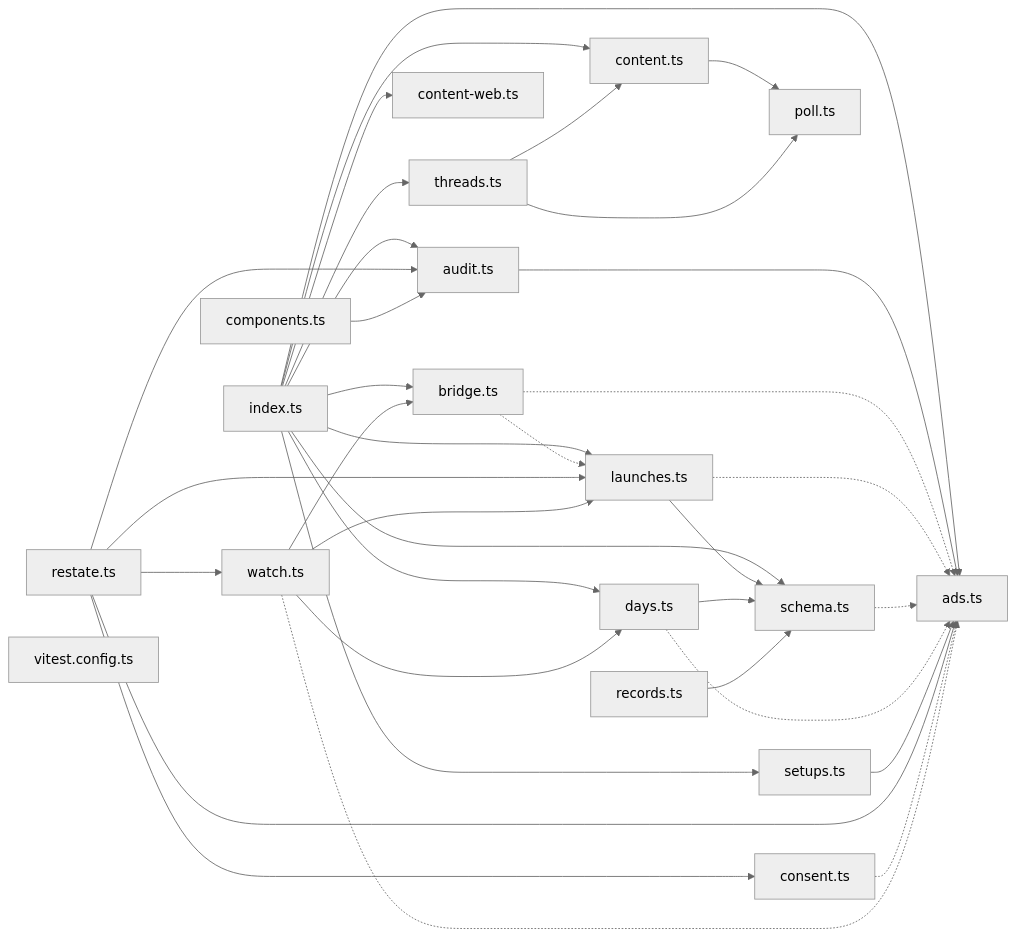
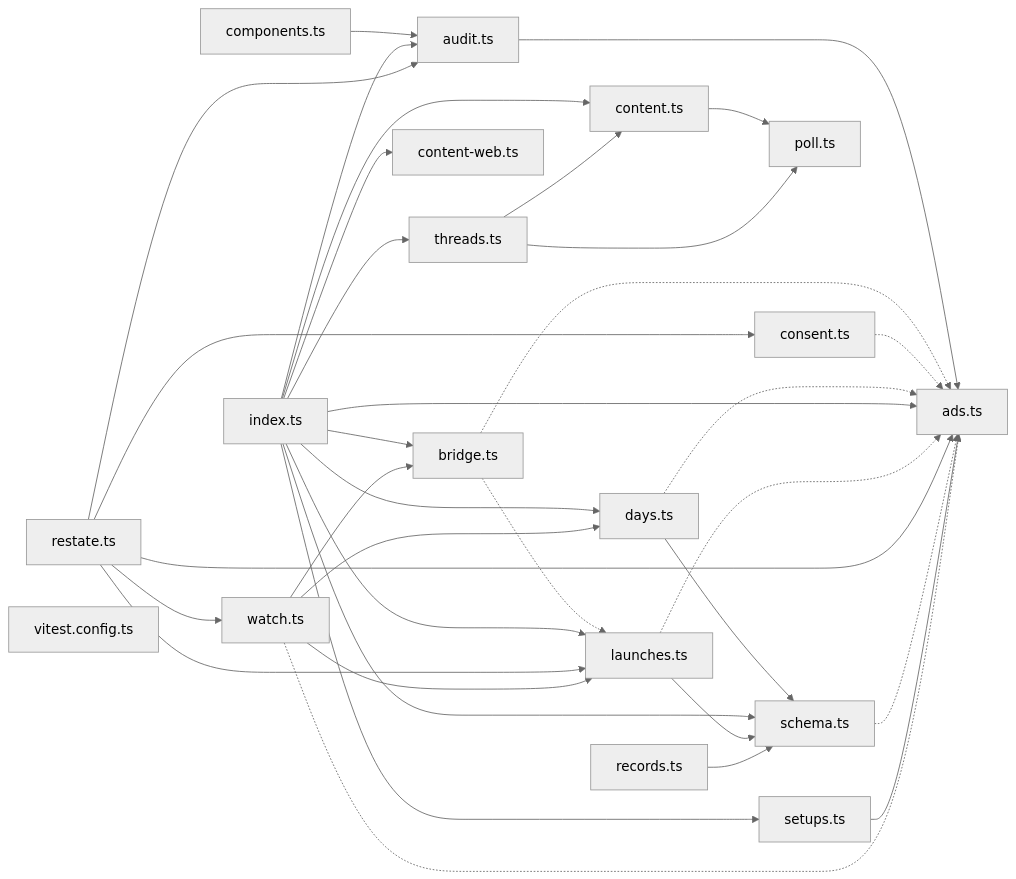
Before and after one commit to wrenautomation/wren: the diagram in map/generated/imports/@wren+channel-meta.md, drawn with Mermaid (neutral theme). The commit also changed other lines of this file and 96 other files, not shown here.

````diff
--- a/map/generated/imports/@wren+channel-meta.md
+++ b/map/generated/imports/@wren+channel-meta.md
@@ -14,55 +14,55 @@
 ```mermaid
 flowchart LR
-  nindex_ts["index.ts"]
   nads_ts["ads.ts"]
   naudit_ts["audit.ts"]
   nbridge_ts["bridge.ts"]
-  nlaunches_ts["launches.ts"]
-  nschema_ts["schema.ts"]
+  ncomponents_ts["components.ts"]
+  nconsent_ts["consent.ts"]
   ncontent_web_ts["content-web.ts"]
   ncontent_ts["content.ts"]
+  ndays_ts["days.ts"]
+  nindex_ts["index.ts"]
+  nlaunches_ts["launches.ts"]
   npoll_ts["poll.ts"]
-  ndays_ts["days.ts"]
+  nrecords_ts["records.ts"]
+  nrestate_ts["restate.ts"]
+  nschema_ts["schema.ts"]
   nsetups_ts["setups.ts"]
   nthreads_ts["threads.ts"]
-  nrestate_ts["restate.ts"]
-  nconsent_ts["consent.ts"]
   nwatch_ts["watch.ts"]
-  ncomponents_ts["components.ts"]
-  nrecords_ts["records.ts"]
   nvitest_config_ts["vitest.config.ts"]
+  naudit_ts --> nads_ts
+  nbridge_ts -.-> nads_ts
+  nbridge_ts -.-> nlaunches_ts
+  ncomponents_ts --> naudit_ts
+  nconsent_ts -.-> nads_ts
+  ncontent_ts --> npoll_ts
+  ndays_ts -.-> nads_ts
+  ndays_ts --> nschema_ts
   nindex_ts --> nads_ts
   nindex_ts --> naudit_ts
   nindex_ts --> nbridge_ts
   nindex_ts --> ncontent_web_ts
   nindex_ts --> ncontent_ts
   nindex_ts --> ndays_ts
   nindex_ts --> nlaunches_ts
   nindex_ts --> nschema_ts
   nindex_ts --> nsetups_ts
   nindex_ts --> nthreads_ts
-  naudit_ts --> nads_ts
-  nbridge_ts -.-> nads_ts
-  nbridge_ts -.-> nlaunches_ts
   nlaunches_ts -.-> nads_ts
   nlaunches_ts --> nschema_ts
-  nschema_ts -.-> nads_ts
-  ncontent_ts --> npoll_ts
-  ndays_ts -.-> nads_ts
-  ndays_ts --> nschema_ts
-  nsetups_ts --> nads_ts
-  nthreads_ts --> ncontent_ts
-  nthreads_ts --> npoll_ts
+  nrecords_ts --> nschema_ts
   nrestate_ts --> nads_ts
   nrestate_ts --> naudit_ts
   nrestate_ts --> nconsent_ts
   nrestate_ts --> nlaunches_ts
   nrestate_ts --> nwatch_ts
-  nconsent_ts -.-> nads_ts
+  nschema_ts -.-> nads_ts
+  nsetups_ts --> nads_ts
+  nthreads_ts --> ncontent_ts
+  nthreads_ts --> npoll_ts
   nwatch_ts -.-> nads_ts
   nwatch_ts --> nbridge_ts
   nwatch_ts --> ndays_ts
   nwatch_ts --> nlaunches_ts
-  ncomponents_ts --> naudit_ts
-  nrecords_ts --> nschema_ts
 ```
````
